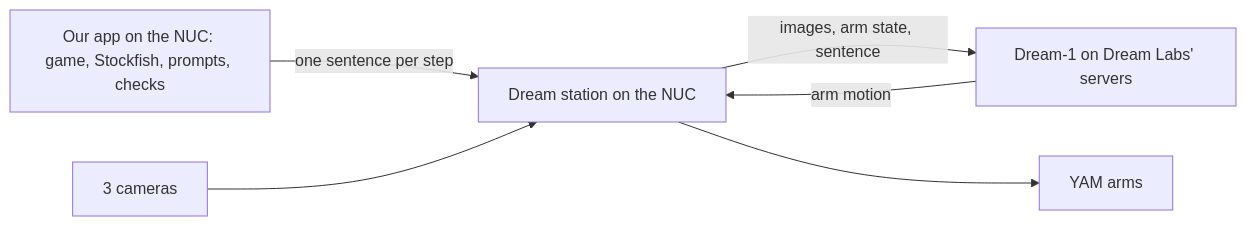
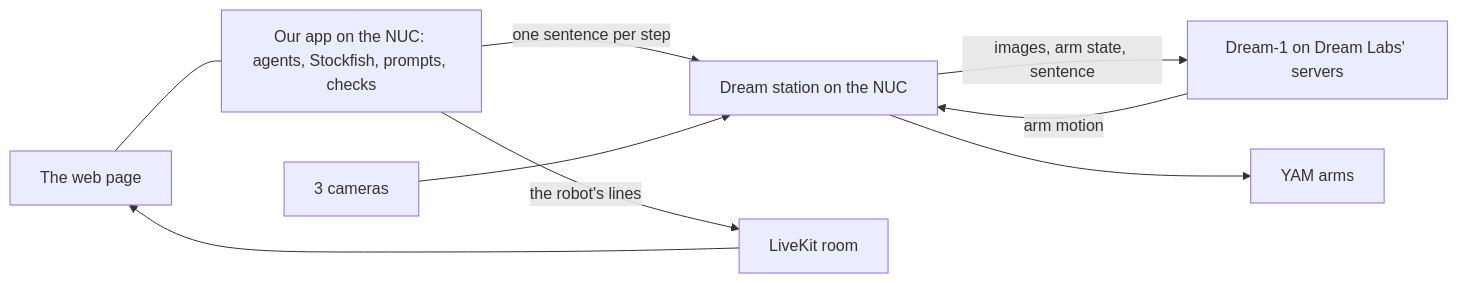
One commit to aballal-source/dream-chess changed the second of 2 diagrams in README.md. Above: the diagram before and after it, drawn with Mermaid. The commit also changed other lines of this file, not shown here.

````diff
--- a/README.md
+++ b/README.md
@@ -114,8 +110,10 @@
 ```mermaid
 flowchart LR
-    App[Our app on the NUC: game, Stockfish, prompts, checks] -- one sentence per step --> Station[Dream station on the NUC]
+    Page[The web page] --- App[Our app on the NUC: agents, Stockfish, prompts, checks]
+    App -- one sentence per step --> Station[Dream station on the NUC]
     Station -- images, arm state, sentence --> Dream[Dream-1 on Dream Labs' servers]
     Dream -- arm motion --> Station
     Station --> Arms[YAM arms]
     Cameras[3 cameras] --> Station
+    App -- the robot's lines --> LiveKit[LiveKit room] --> Page
 ```
````
